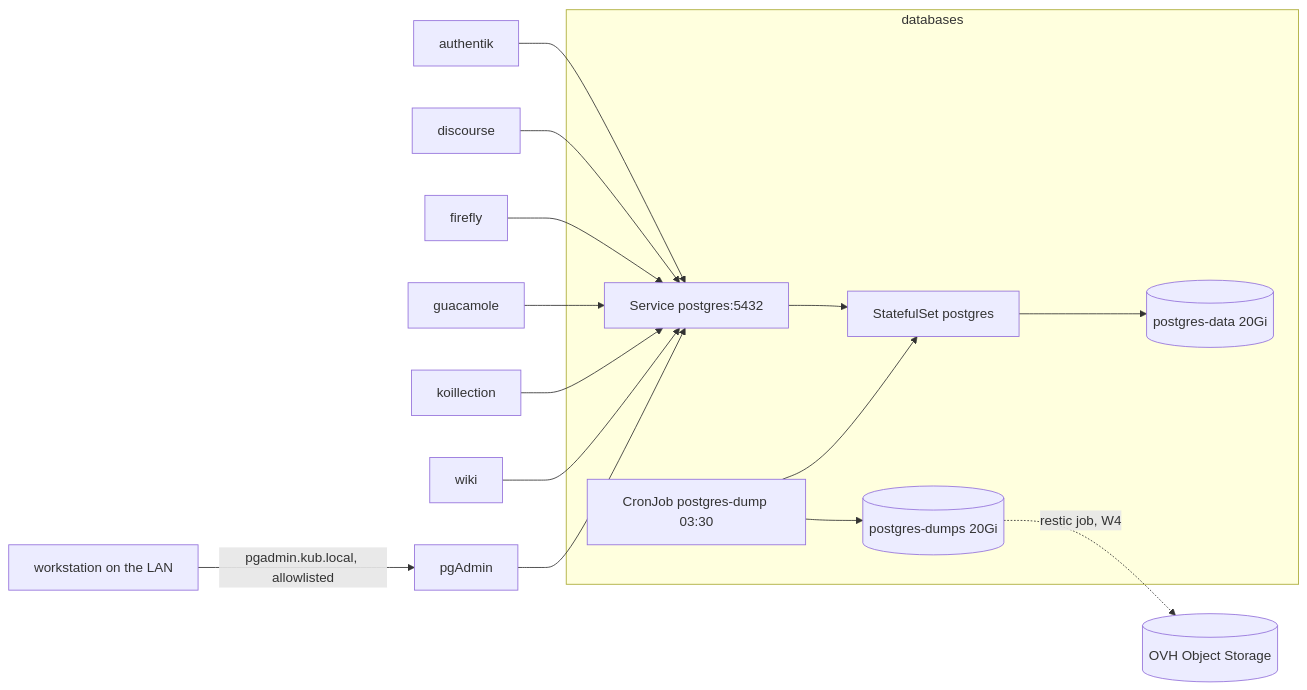
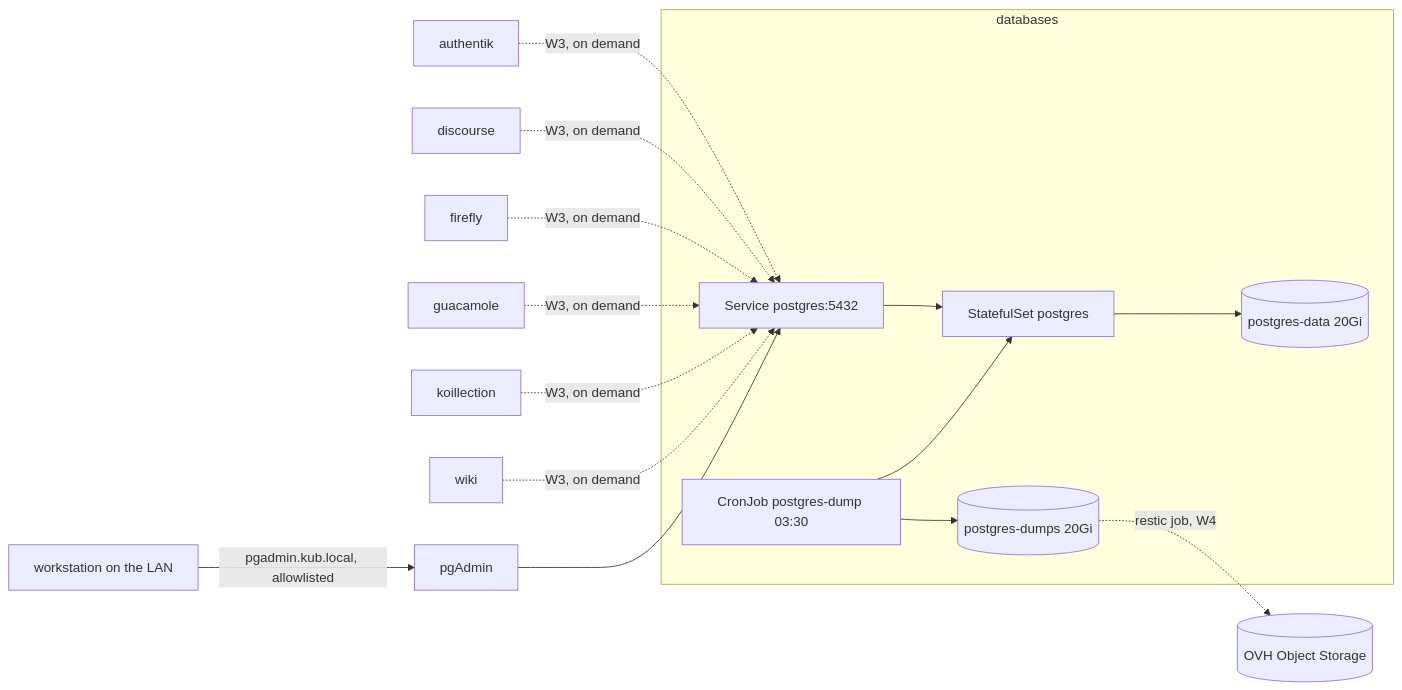
Before and after one commit to vyrtualsynthese/homelab: the diagram in docs/superpowers/specs/2026-11-13-postgresql-design.md, drawn with Mermaid. The commit also changed other lines of this file, not shown here.

First line of the commit message:
📝 docs(postgres): create databases on demand, drop pgvector, add a pgAdmin admin login

````diff
--- a/docs/superpowers/specs/2026-11-13-postgresql-design.md
+++ b/docs/superpowers/specs/2026-11-13-postgresql-design.md
@@ -149,22 +158,22 @@
 ```mermaid
 flowchart LR
   subgraph databases
     SVC[Service postgres:5432]
     SS[StatefulSet postgres]
     DATA[(postgres-data 20Gi)]
     DUMPS[(postgres-dumps 20Gi)]
     CJ[CronJob postgres-dump 03:30]
     SVC --> SS --> DATA
     CJ --> SS
     CJ --> DUMPS
   end
-  A1[authentik] --> SVC
-  A2[discourse] --> SVC
-  A3[firefly] --> SVC
-  A4[guacamole] --> SVC
-  A5[koillection] --> SVC
-  A6[wiki] --> SVC
+  A1[authentik] -.->|W3, on demand| SVC
+  A2[discourse] -.->|W3, on demand| SVC
+  A3[firefly] -.->|W3, on demand| SVC
+  A4[guacamole] -.->|W3, on demand| SVC
+  A5[koillection] -.->|W3, on demand| SVC
+  A6[wiki] -.->|W3, on demand| SVC
   LAN[workstation on the LAN] -->|pgadmin.kub.local, allowlisted| PGA[pgAdmin]
   PGA --> SVC
   DUMPS -.->|restic job, W4| OVH[(OVH Object Storage)]
 ```
````
